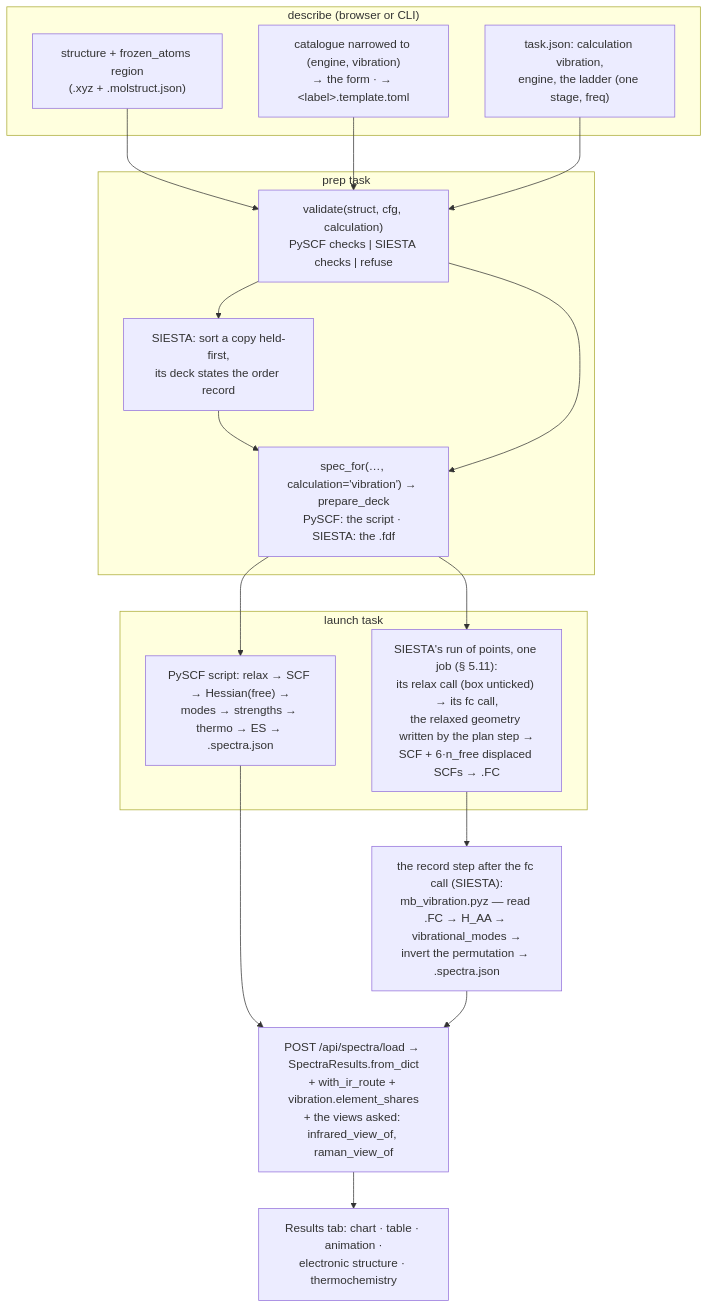
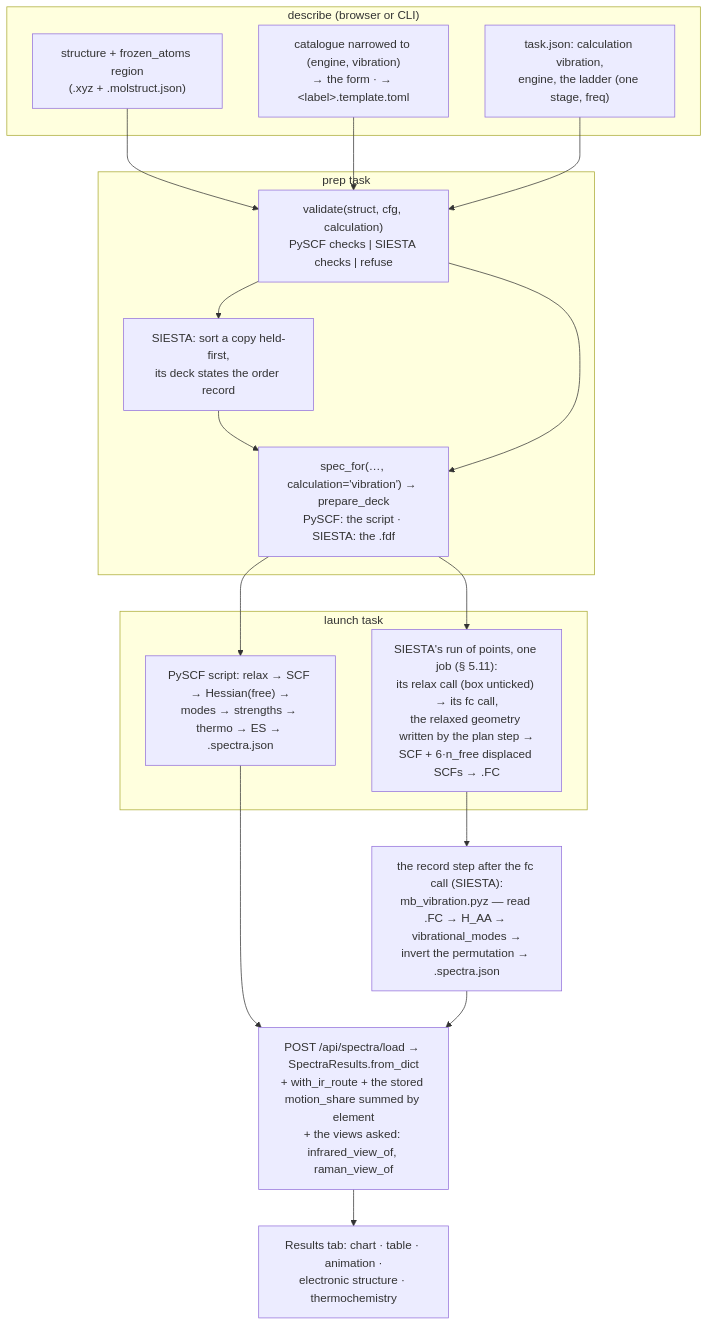
Before and after one commit to Qing-LAB/molbuilder: the second of 2 diagrams in docs/engines/vibration.md, drawn with Mermaid. The commit also changed other lines of this file and 29 other files, not shown here.

````diff
--- a/docs/engines/vibration.md
+++ b/docs/engines/vibration.md
@@ -4041,23 +4102,23 @@
 ```mermaid
 flowchart TB
   subgraph describe["describe (browser or CLI)"]
     ST["structure + frozen_atoms region<br/>(.xyz + .molstruct.json)"]
     CAT["catalogue narrowed to (engine, vibration)<br/>→ the form · → &lt;label&gt;.template.toml"]
     TJ["task.json: calculation vibration,<br/>engine, the ladder (one stage, freq)"]
   end
   subgraph prep["prep task"]
     G["validate(struct, cfg, calculation)<br/>PySCF checks #124; SIESTA checks #124; refuse"]
     SORT["SIESTA: sort a copy held-first,<br/>its deck states the order record"]
     D["spec_for(…, calculation='vibration') → prepare_deck<br/>PySCF: the script · SIESTA: the .fdf"]
   end
   subgraph run["launch task"]
     PY["PySCF script: relax → SCF → Hessian(free) →<br/>modes → strengths → thermo → ES → .spectra.json"]
     SR["SIESTA's run of points, one job (§ 5.11):<br/>its relax call (box unticked) → its fc call,<br/>the relaxed geometry written by the plan step →<br/>SCF + 6·n_free displaced SCFs → .FC"]
   end
   SUM["the record step after the fc call (SIESTA):<br/>mb_vibration.pyz — read .FC → H_AA → vibrational_modes →<br/>invert the permutation → .spectra.json"]
-  LOAD["POST /api/spectra/load → SpectraResults.from_dict<br/>+ with_ir_route + vibration.element_shares<br/>+ the views asked: infrared_view_of, raman_view_of"]
+  LOAD["POST /api/spectra/load → SpectraResults.from_dict<br/>+ with_ir_route + the stored motion_share summed by element<br/>+ the views asked: infrared_view_of, raman_view_of"]
   VIEW["Results tab: chart · table · animation ·<br/>electronic structure · thermochemistry"]
   ST --> G; CAT --> G; TJ --> G; G --> SORT --> D; G --> D
   D --> PY; D --> SR
   SR --> SUM; PY --> LOAD; SUM --> LOAD; LOAD --> VIEW
 ```
````
